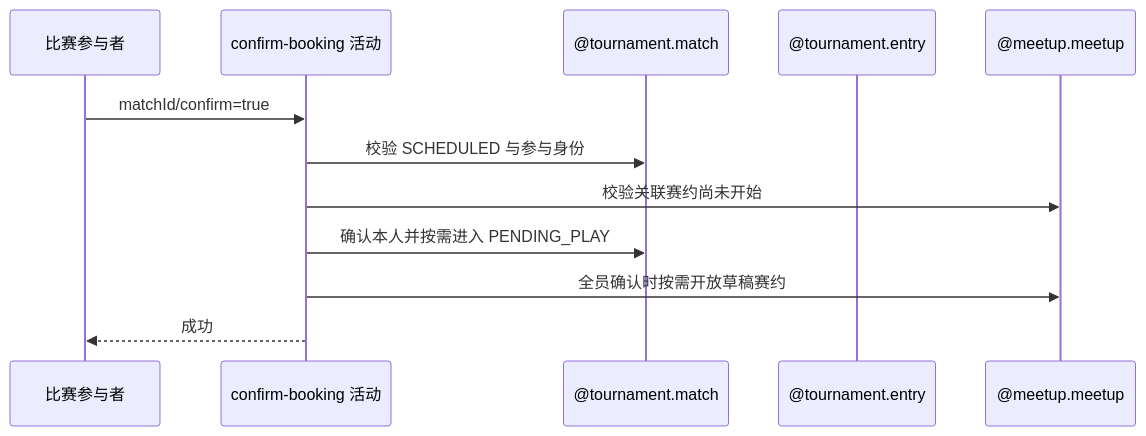
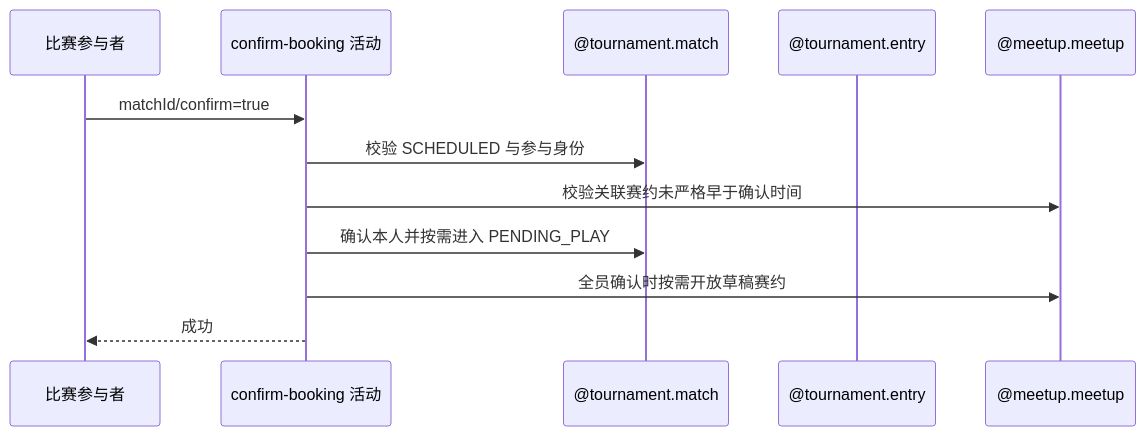
The diagram in blueprint/spec/tournament/booking-confirm/confirm-booking/activity.md (chxt100016/Rally), drawn with Mermaid before and after one commit. The commit also changed other lines of this file and 871 other files, not shown here.

````diff
--- a/blueprint/spec/tournament/booking-confirm/confirm-booking/activity.md
+++ b/blueprint/spec/tournament/booking-confirm/confirm-booking/activity.md
@@ -15,14 +13,14 @@
 ```mermaid
 sequenceDiagram
     participant U as 比赛参与者
     participant A as confirm-booking 活动
     participant M as @tournament.match
     participant E as @tournament.entry
     participant P as @meetup.meetup
     U->>A: matchId/confirm=true
     A->>M: 校验 SCHEDULED 与参与身份
-    A->>P: 校验关联赛约尚未开始
+    A->>P: 校验关联赛约未严格早于确认时间
     A->>M: 确认本人并按需进入 PENDING_PLAY
     A->>P: 全员确认时按需开放草稿赛约
     A-->>U: 成功
 ```
````
